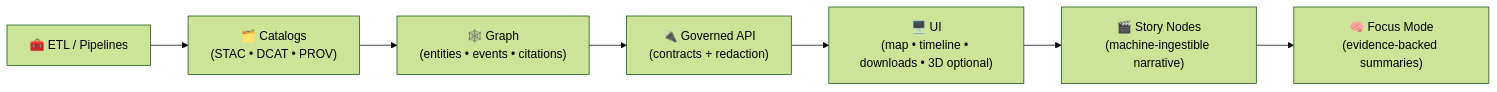
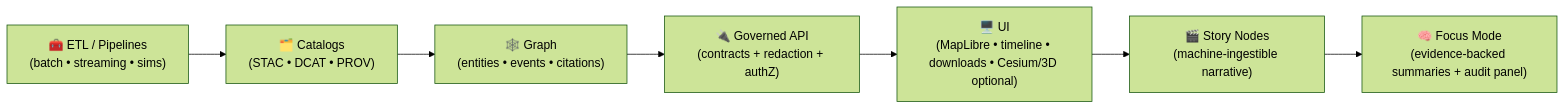
The second of 2 diagrams in .github/ISSUE_TEMPLATE/README.md (bartytime4life/Kansas-Frontier-Matrix), drawn with Mermaid (forest theme) before and after one commit. The commit also changed other lines of this file, not shown here.

````diff
--- a/.github/ISSUE_TEMPLATE/README.md
+++ b/.github/ISSUE_TEMPLATE/README.md
@@ -129,9 +145,9 @@
 ```mermaid
 flowchart LR
-  ETL["🧰 ETL / Pipelines"] --> CAT["🗂️ Catalogs<br/>(STAC • DCAT • PROV)"]
+  ETL["🧰 ETL / Pipelines<br/>(batch • streaming • sims)"] --> CAT["🗂️ Catalogs<br/>(STAC • DCAT • PROV)"]
   CAT --> GRAPH["🕸️ Graph<br/>(entities • events • citations)"]
-  GRAPH --> API["🔌 Governed API<br/>(contracts + redaction)"]
-  API --> UI["🖥️ UI<br/>(map • timeline • downloads • 3D optional)"]
+  GRAPH --> API["🔌 Governed API<br/>(contracts + redaction + authZ)"]
+  API --> UI["🖥️ UI<br/>(MapLibre • timeline • downloads • Cesium/3D optional)"]
   UI --> STORY["🎬 Story Nodes<br/>(machine-ingestible narrative)"]
-  STORY --> FOCUS["🧠 Focus Mode<br/>(evidence-backed summaries)"]
+  STORY --> FOCUS["🧠 Focus Mode<br/>(evidence-backed summaries + audit panel)"]
 ```
````
